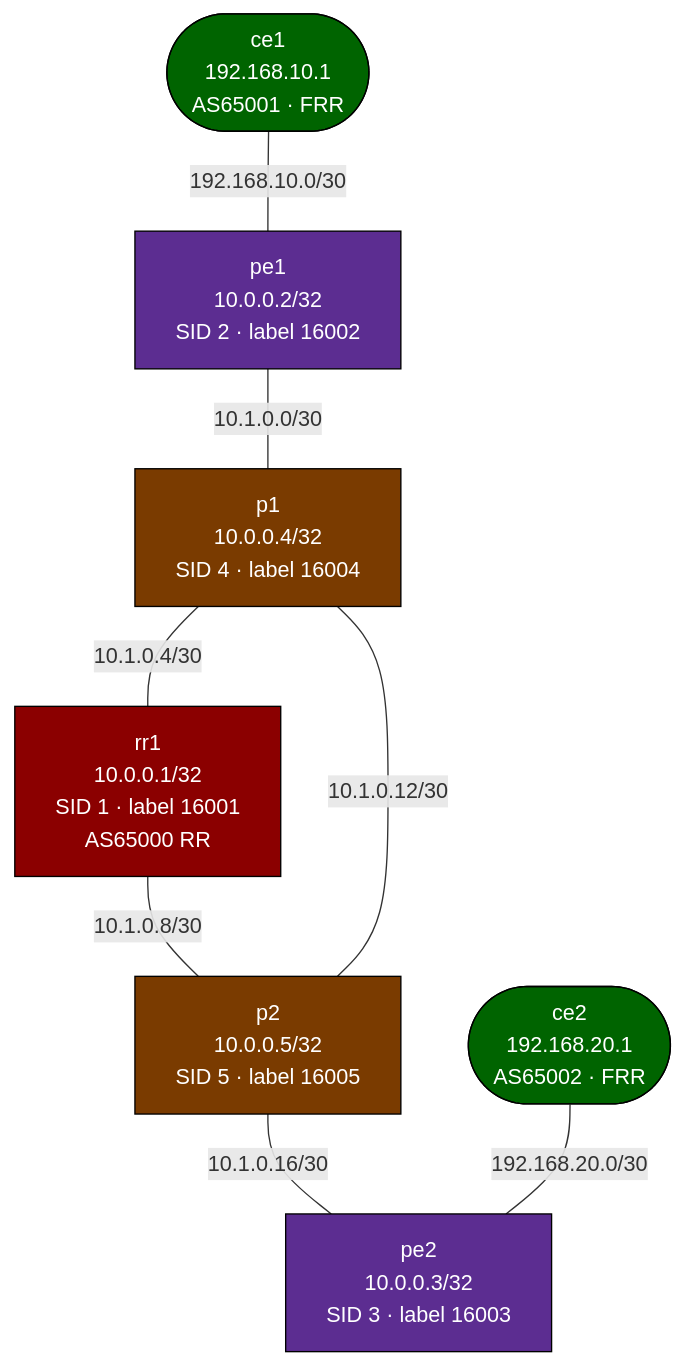
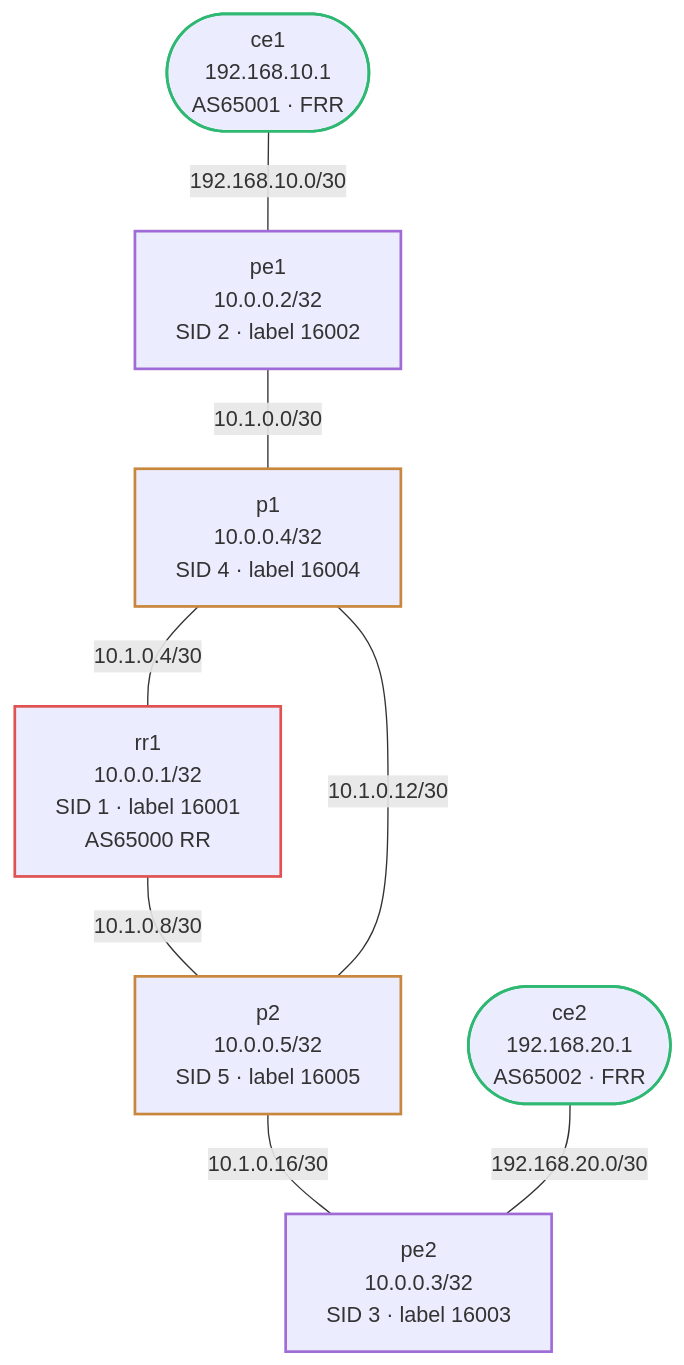
The diagram in labs/mpls-sr-srlinux/README.md (jschless/networkingLabs), drawn with Mermaid before and after one commit. The commit also changed 250 other files, not shown here.

Commit message:
Fix unreadable topology diagrams, convert ASCII art, publish assessments (#57)

````diff
--- a/labs/mpls-sr-srlinux/README.md
+++ b/labs/mpls-sr-srlinux/README.md
@@ -19,28 +19,28 @@
 ```mermaid
 flowchart TB
-    rr1["rr1\n10.0.0.1/32\nSID 1 · label 16001\nAS65000 RR"]
-    p1["p1\n10.0.0.4/32\nSID 4 · label 16004"]
-    p2["p2\n10.0.0.5/32\nSID 5 · label 16005"]
-    pe1["pe1\n10.0.0.2/32\nSID 2 · label 16002"]
-    pe2["pe2\n10.0.0.3/32\nSID 3 · label 16003"]
-    ce1(["ce1\n192.168.10.1\nAS65001 · FRR"])
-    ce2(["ce2\n192.168.20.1\nAS65002 · FRR"])
+    rr1["rr1<br/>10.0.0.1/32<br/>SID 1 · label 16001<br/>AS65000 RR"]
+    p1["p1<br/>10.0.0.4/32<br/>SID 4 · label 16004"]
+    p2["p2<br/>10.0.0.5/32<br/>SID 5 · label 16005"]
+    pe1["pe1<br/>10.0.0.2/32<br/>SID 2 · label 16002"]
+    pe2["pe2<br/>10.0.0.3/32<br/>SID 3 · label 16003"]
+    ce1(["ce1<br/>192.168.10.1<br/>AS65001 · FRR"])
+    ce2(["ce2<br/>192.168.20.1<br/>AS65002 · FRR"])
 
     p1 --- |"10.1.0.4/30"| rr1
     rr1 --- |"10.1.0.8/30"| p2
     p1 --- |"10.1.0.12/30"| p2
     pe1 --- |"10.1.0.0/30"| p1
     p2 --- |"10.1.0.16/30"| pe2
     ce1 --- |"192.168.10.0/30"| pe1
     ce2 --- |"192.168.20.0/30"| pe2
 
-    classDef pe     fill:#5c2d91,color:#fff,stroke:#000
-    classDef p      fill:#7a3b00,color:#fff,stroke:#000
-    classDef rr     fill:#8b0000,color:#fff,stroke:#000
-    classDef ce     fill:#006400,color:#fff,stroke:#000
+    classDef pe stroke:#a06bd6,stroke-width:2px
+    classDef p stroke:#c8873c,stroke-width:2px
+    classDef rr stroke:#e05252,stroke-width:2px
+    classDef ce stroke:#2eb872,stroke-width:2px
 
     class rr1 rr
     class p1,p2 p
     class pe1,pe2 pe
     class ce1,ce2 ce
 ```
````
